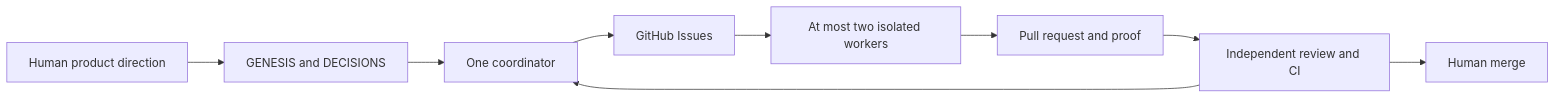
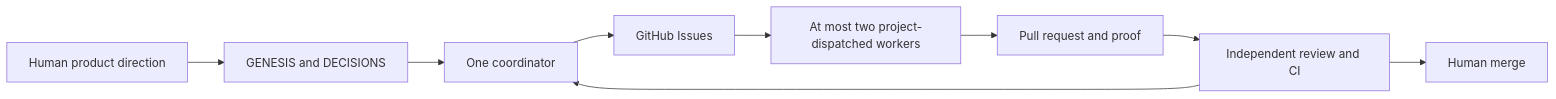
Before and after one commit to royderks/harness-to-api: the diagram in docs/factory.md, drawn with Mermaid. The commit also changed other lines of this file and 19 other files, not shown here.

````diff
--- a/docs/factory.md
+++ b/docs/factory.md
@@ -18,11 +18,11 @@
 ```mermaid
 flowchart LR
   Human[Human product direction] --> Source[GENESIS and DECISIONS]
   Source --> Coordinator[One coordinator]
   Coordinator --> Queue[GitHub Issues]
-  Queue --> Worker[At most two isolated workers]
+  Queue --> Worker[At most two project-dispatched workers]
   Worker --> PR[Pull request and proof]
   PR --> Review[Independent review and CI]
   Review --> Merge[Human merge]
   Review --> Coordinator
 ```
````
